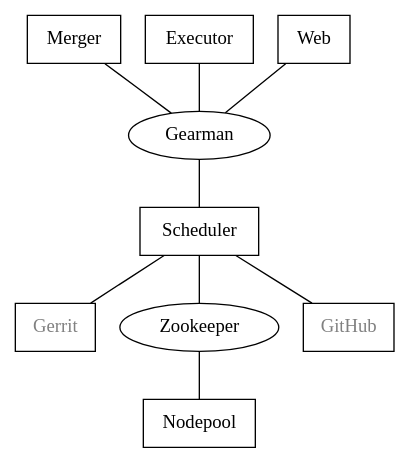
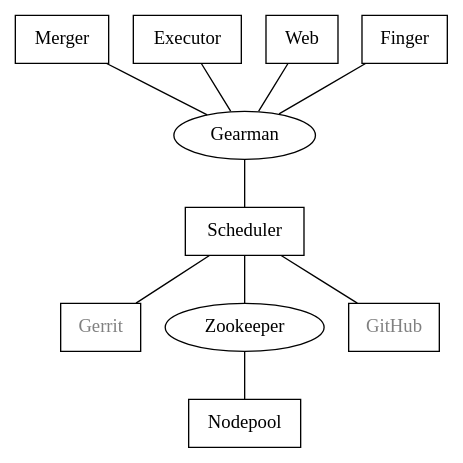
Before and after one commit to openstack-infra/zuul: the diagram in doc/source/admin/components.rst, drawn with Graphviz. The commit also changed 13 other files, not shown here.

```diff
--- a/doc/source/admin/components.rst
+++ b/doc/source/admin/components.rst
@@ -11,21 +11,22 @@
 .. graphviz::
    :align: center
 
    graph  {
       node [shape=box]
       Gearman [shape=ellipse]
       Gerrit [fontcolor=grey]
       Zookeeper [shape=ellipse]
       Nodepool
       GitHub [fontcolor=grey]
 
       Merger -- Gearman
       Executor -- Gearman
       Web -- Gearman
+      Finger -- Gearman
 
       Gearman -- Scheduler;
       Scheduler -- Gerrit;
       Scheduler -- Zookeeper;
       Zookeeper -- Nodepool;
       Scheduler -- GitHub;
    }
```
